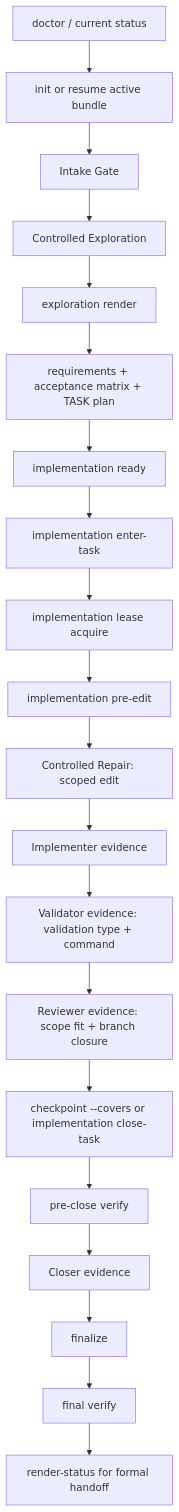
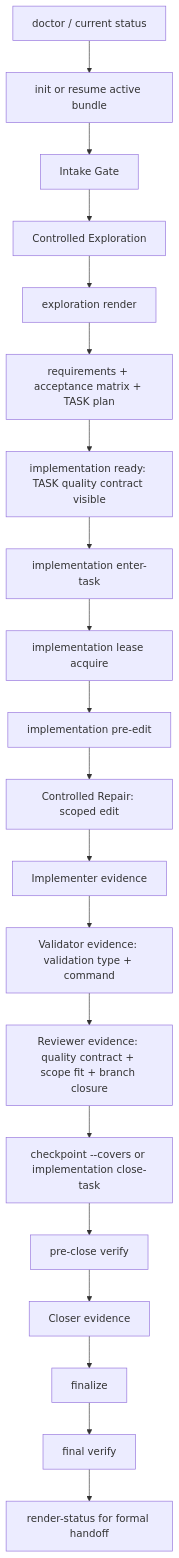
Before and after one commit to junsierqi/idea-to-code: the diagram in skills/idea-to-code/references/workflow.md, drawn with Mermaid. The commit also changed other lines of this file and 6 other files, not shown here.

````diff
--- a/skills/idea-to-code/references/workflow.md
+++ b/skills/idea-to-code/references/workflow.md
@@ -172,22 +172,22 @@
 ```mermaid
 flowchart TD
   A[doctor / current status] --> B[init or resume active bundle]
   B --> C[Intake Gate]
   C --> D[Controlled Exploration]
   D --> ER[exploration render]
   ER --> R[requirements + acceptance matrix + TASK plan]
-  R --> G[implementation ready]
+  R --> G[implementation ready: TASK quality contract visible]
   G --> T[implementation enter-task]
   T --> L[implementation lease acquire]
   L --> P[implementation pre-edit]
   P --> E[Controlled Repair: scoped edit]
   E --> I[Implementer evidence]
   I --> V[Validator evidence: validation type + command]
-  V --> RV[Reviewer evidence: scope fit + branch closure]
+  V --> RV[Reviewer evidence: quality contract + scope fit + branch closure]
   RV --> M[checkpoint --covers or implementation close-task]
   M --> PV[pre-close verify]
   PV --> CL[Closer evidence]
   CL --> F[finalize]
   F --> FV[final verify]
   FV --> RS[render-status for formal handoff]
 ```
````
